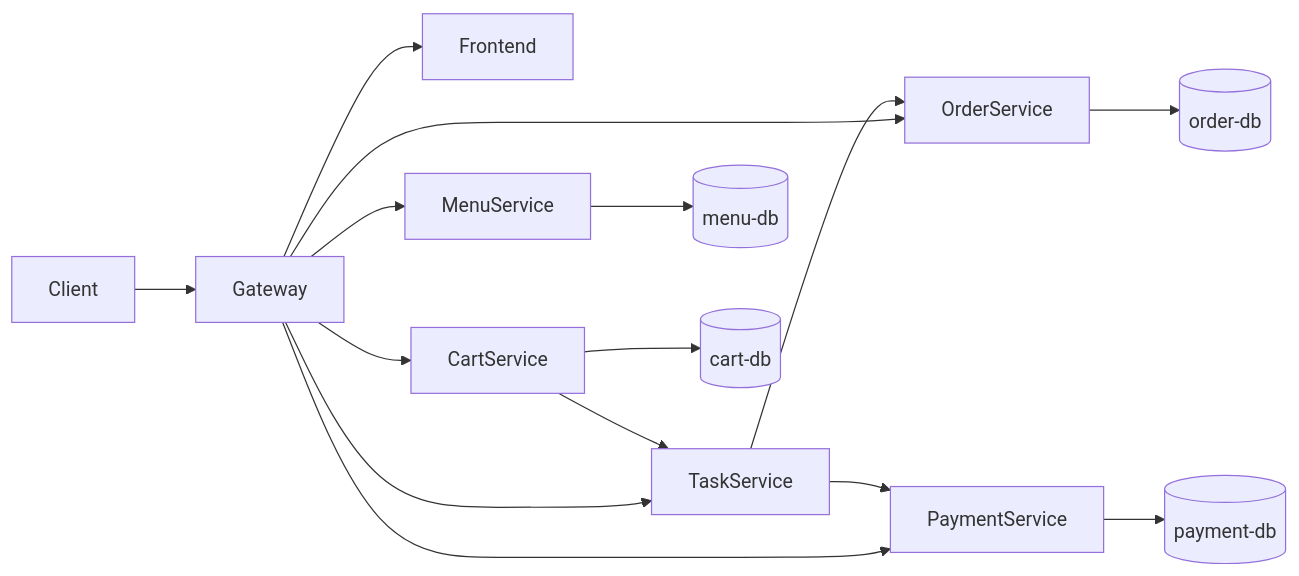
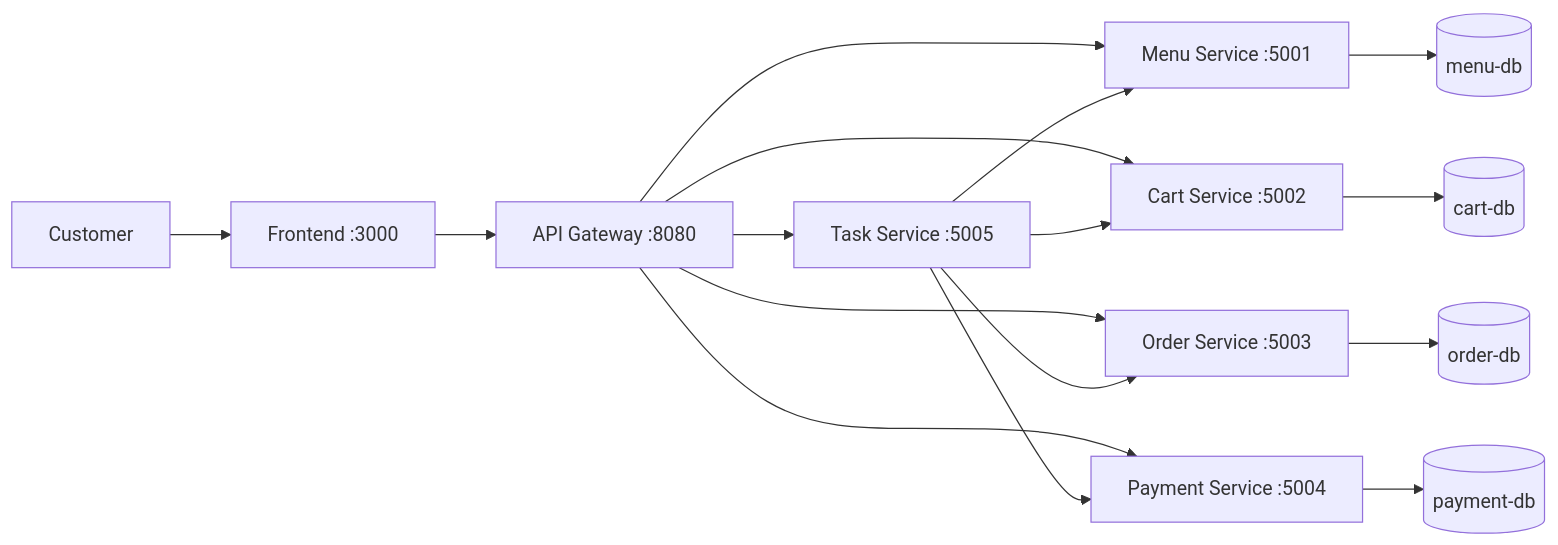
The diagram in docs/architecture.md (Dung1409/mid---proj), drawn with Mermaid before and after one commit. The commit also changed other lines of this file and 9 other files, not shown here.

Commit message:
Update docs and cart service changes

````diff
--- a/docs/architecture.md
+++ b/docs/architecture.md
@@ -62,19 +70,21 @@
 ```mermaid
-flowchart LR
-    Client --> Gateway
-    Gateway --> Frontend
-    Gateway --> MenuService
-    Gateway --> CartService
-    Gateway --> OrderService
-    Gateway --> PaymentService
-    Gateway --> TaskService
+graph LR
+    U[Customer] --> FE[Frontend :3000]
+    FE --> GW[API Gateway :8080]
 
-    MenuService --> MenuDB[(menu-db)]
-    CartService --> CartDB[(cart-db)]
-    OrderService --> OrderDB[(order-db)]
-    PaymentService --> PaymentDB[(payment-db)]
+    GW --> MENU[Menu Service :5001]
+    GW --> CART[Cart Service :5002]
+    GW --> ORDER[Order Service :5003]
+    GW --> PAYMENT[Payment Service :5004]
+    GW --> TASK[Task Service :5005]
 
-    CartService --> TaskService
-    TaskService --> OrderService
-    TaskService --> PaymentService
+    TASK --> CART
+    TASK --> MENU
+    TASK --> ORDER
+    TASK --> PAYMENT
+
+    MENU --> MENU_DB[(menu-db)]
+    CART --> CART_DB[(cart-db)]
+    ORDER --> ORDER_DB[(order-db)]
+    PAYMENT --> PAYMENT_DB[(payment-db)]
 ```
````
